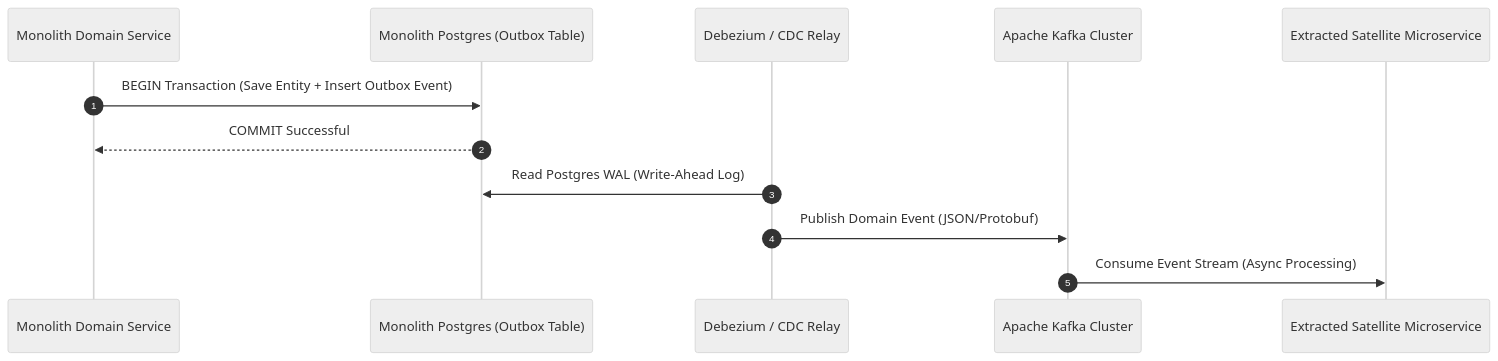
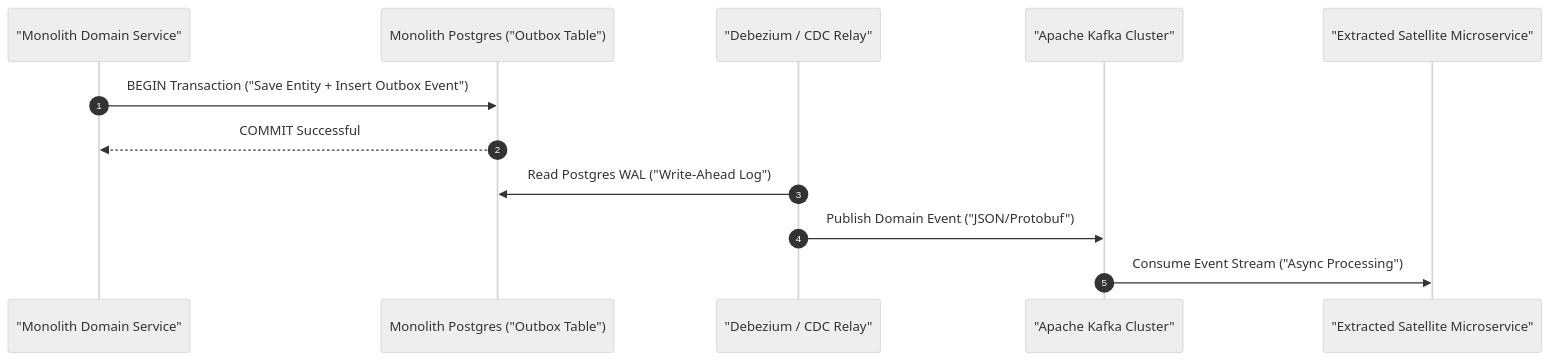
One commit to vesviet/vesviet changed the third of 3 diagrams in content/series/modular-monolith-architecture/part-7-extraction-pattern.md. Above: the diagram before and after it, drawn with Mermaid (neutral theme). The commit also changed other lines of this file and 331 other files, not shown here.

````diff
--- a/content/series/modular-monolith-architecture/part-7-extraction-pattern.md
+++ b/content/series/modular-monolith-architecture/part-7-extraction-pattern.md
@@ -224,15 +226,15 @@
 ```mermaid
 sequenceDiagram
     autonumber
-    participant App as Monolith Domain Service
-    participant DB as Monolith Postgres (Outbox Table)
-    participant Relay as Debezium / CDC Relay
-    participant Kafka as Apache Kafka Cluster
-    participant Service as Extracted Satellite Microservice
+    participant App as "Monolith Domain Service"
+    participant DB as Monolith Postgres ("Outbox Table")
+    participant Relay as "Debezium / CDC Relay"
+    participant Kafka as "Apache Kafka Cluster"
+    participant Service as "Extracted Satellite Microservice"
 
-    App->>DB: BEGIN Transaction (Save Entity + Insert Outbox Event)
+    App->>DB: BEGIN Transaction ("Save Entity + Insert Outbox Event")
     DB-->>App: COMMIT Successful
-    Relay->>DB: Read Postgres WAL (Write-Ahead Log)
-    Relay->>Kafka: Publish Domain Event (JSON/Protobuf)
-    Kafka->>Service: Consume Event Stream (Async Processing)
+    Relay->>DB: Read Postgres WAL ("Write-Ahead Log")
+    Relay->>Kafka: Publish Domain Event ("JSON/Protobuf")
+    Kafka->>Service: Consume Event Stream ("Async Processing")
 ```
````
